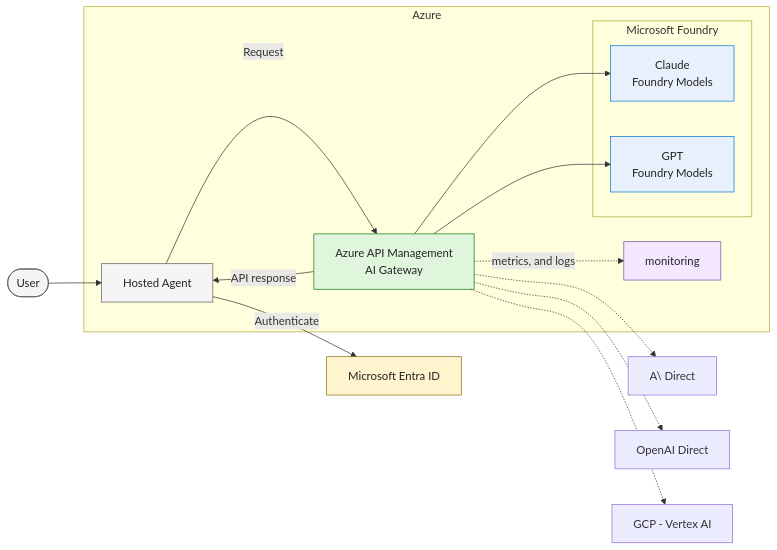
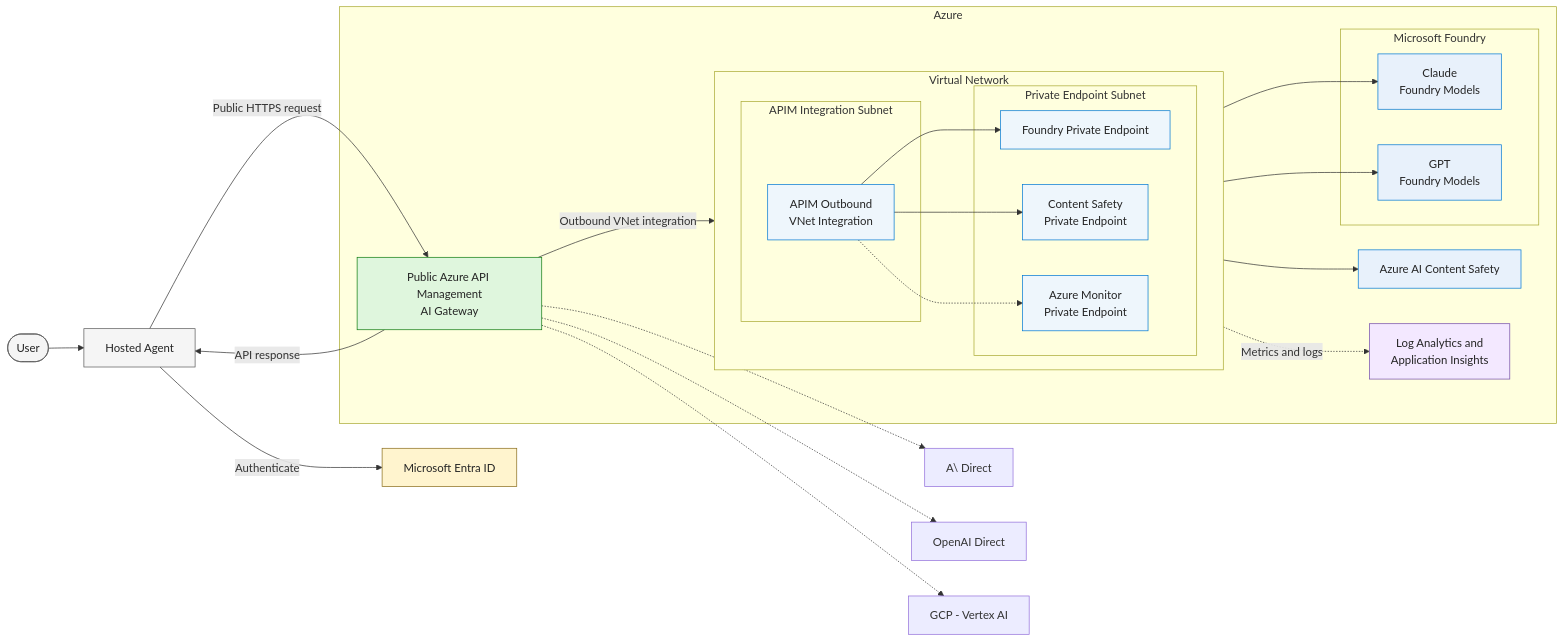
One commit to basshbj/microsoft_foundry_workshop_en changed the third of 3 diagrams in docs/architecture.md. Above: the diagram before and after it, drawn with Mermaid. The commit also changed other lines of this file and 30 other files, not shown here.

````diff
--- a/docs/architecture.md
+++ b/docs/architecture.md
@@ -60,44 +60,65 @@
 ```mermaid
 flowchart LR
     user([User])
-    app[Application - Agent]
     entra[Microsoft Entra ID]
+    hostedAgent[Hosted Agent]
     A[A\ Direct]
     O[OpenAI Direct]
     vertexAI[GCP - Vertex AI]
 
     subgraph azure[Azure]
-        app[Hosted Agent]
-        gateway[Azure API Management<br/>AI Gateway]
-        monitoring
+        gateway[Public Azure API Management<br/>AI Gateway]
+
+        subgraph vnet[Virtual Network]
+            direction LR
+
+            subgraph apimSubnet[APIM Integration Subnet]
+                outbound[APIM Outbound<br/>VNet Integration]
+            end
+
+            subgraph privateEndpointSubnet[Private Endpoint Subnet]
+                foundryPE[Foundry Private Endpoint]
+                contentSafetyPE[Content Safety<br/>Private Endpoint]
+                monitorPE[Azure Monitor<br/>Private Endpoint]
+            end
+        end
 
         subgraph foundry[Microsoft Foundry]
             claude[Claude<br/>Foundry Models]
             gpt[GPT<br/>Foundry Models]
         end
+
+        contentSafety[Azure AI Content Safety]
+        monitoring[Log Analytics and<br/>Application Insights]
     end
 
-    user --> app
-    app -->|Authenticate| entra
-    app -->|Request | gateway
-    gateway --> claude
-    gateway --> gpt
+    user --> hostedAgent
+    hostedAgent -->|Authenticate| entra
+    hostedAgent -->|Public HTTPS request| gateway
+    gateway -->|Outbound VNet integration| outbound
+    outbound --> foundryPE
+    foundryPE --> claude
+    foundryPE --> gpt
+    outbound --> contentSafetyPE
+    contentSafetyPE --> contentSafety
+    outbound -.-> monitorPE
+    monitorPE -.->|Metrics and logs| monitoring
     gateway -.-> vertexAI
     gateway -.-> A
     gateway -.-> O
-    gateway -->|API response| app
-
-    gateway -.->|metrics, and logs| monitoring
+    gateway -->|API response| hostedAgent
     
     classDef identity fill:#fff4ce,stroke:#8a6d1d,color:#242424;
     classDef gateway fill:#dff6dd,stroke:#107c10,color:#242424;
     classDef foundryService fill:#e8f1fb,stroke:#0078d4,color:#242424;
     classDef operations fill:#f3e8ff,stroke:#744da9,color:#242424;
     classDef client fill:#f5f5f5,stroke:#5c5c5c,color:#242424;
+    classDef network fill:#eef6fc,stroke:#0078d4,color:#242424;
 
-    class user,app client;
+    class user,hostedAgent client;
     class entra identity;
     class gateway gateway;
-    class agent,claude,gpt foundryService;
-    class monitoring,evaluation operations;
+    class claude,gpt,contentSafety foundryService;
+    class monitoring operations;
+    class outbound,foundryPE,contentSafetyPE,monitorPE network;
 ```
````
